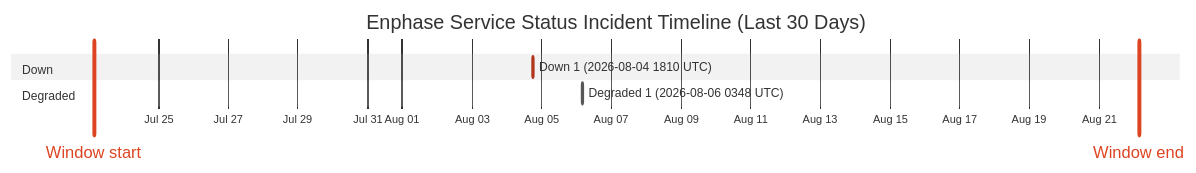
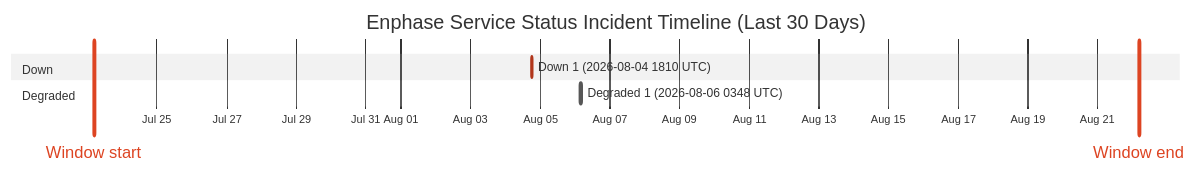
The diagram in wiki/Service-Status-History.md (barneyonline/ha-enphase-energy), drawn with Mermaid (neutral theme) before and after one commit. The commit also changed other lines of this file and 3 other files, not shown here.

````diff
--- a/wiki/Service-Status-History.md
+++ b/wiki/Service-Status-History.md
@@ -14,12 +14,12 @@
 ```mermaid
 gantt
     title Enphase Service Status Incident Timeline (Last 30 Days)
     dateFormat  YYYY-MM-DDTHH:mm:ss
     axisFormat  %b %d
-    Window start :vert, window-start, 2026-07-23T03:39:28, 0ms
-    Window end :vert, window-end, 2026-08-22T03:39:28, 0ms
+    Window start :vert, window-start, 2026-07-23T04:30:05, 0ms
+    Window end :vert, window-end, 2026-08-22T04:30:05, 0ms
     section Down
     Down 1 (2026-08-04 1810 UTC) :crit, down-1, 2026-08-04T18:10:46, 60m
     section Degraded
     Degraded 1 (2026-08-06 0348 UTC) :active, degraded-1, 2026-08-06T03:48:14, 60m
 ```
````
